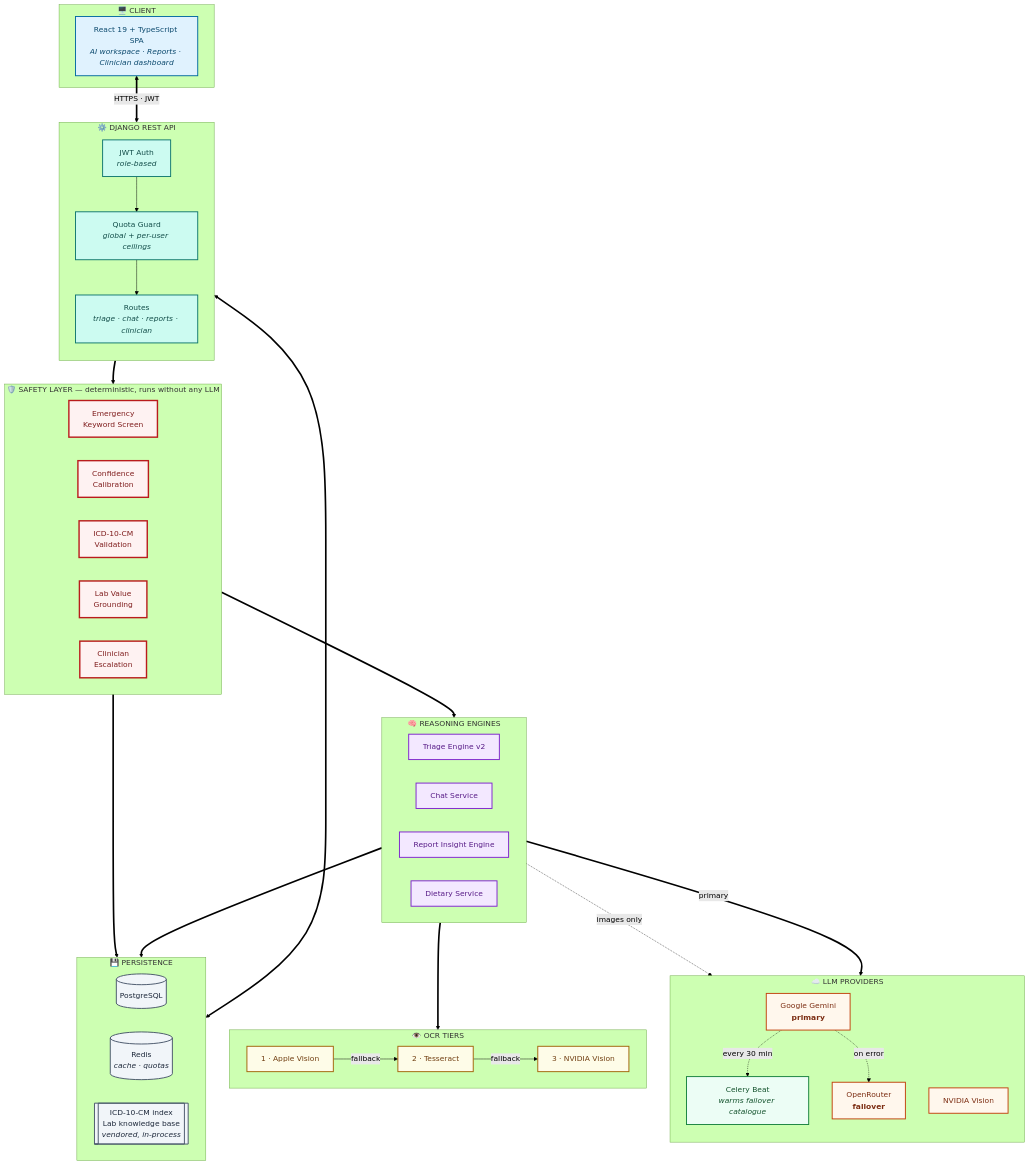
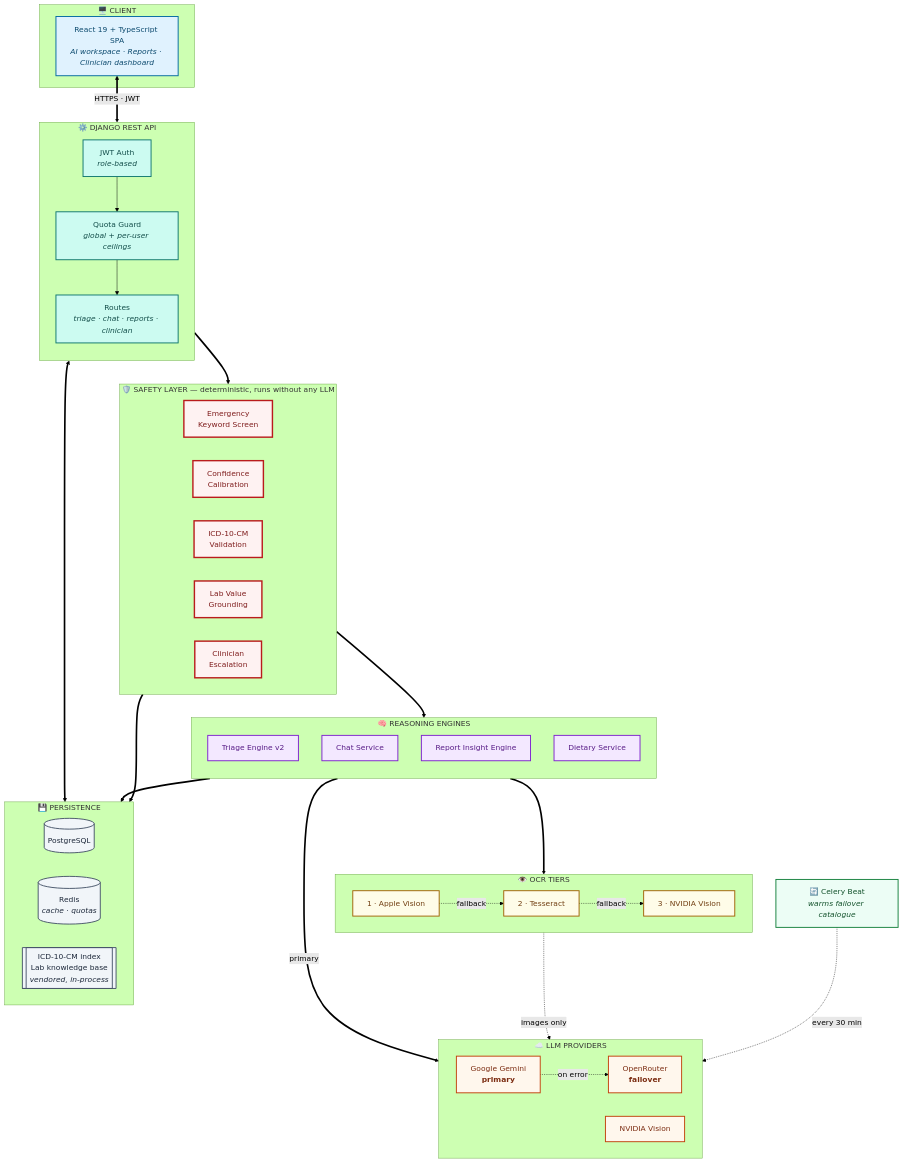
One commit to janhvisaste/Medaid changed the diagram in README.md. Above: the diagram before and after it, drawn with Mermaid (forest theme).

Commit message:
Changes in README architecture diagram

```diff
--- a/README.md
+++ b/README.md
@@ -88,7 +88,7 @@
     end
 
     subgraph engines["🧠  REASONING ENGINES"]
-        direction LR
+        direction TB
         TRIAGE["Triage Engine v2"]
         CHAT["Chat Service"]
         REPORT["Report Insight Engine"]
@@ -96,18 +96,18 @@
     end
 
     subgraph providers["☁️  LLM PROVIDERS"]
-        direction TB
+        direction LR
         GEM["Google Gemini<br/><b>primary</b>"]
         OR["OpenRouter<br/><b>failover</b>"]
         NV["NVIDIA Vision"]
-        GEM -. "every 30 min" .-> CEL["Celery Beat<br/><i>warms failover catalogue</i>"]
-        GEM -. "on error" .-> OR
-        REPORT -. "images only" .-> NV
     end
 
     subgraph ocr["👁️  OCR TIERS"]
         direction LR
-        T1["1 · Apple Vision"] -- fallback --> T2["2 · Tesseract"] -- fallback --> T3["3 · NVIDIA Vision"]
+        T1["1 · Apple Vision"]
+        T2["2 · Tesseract"]
+        T3["3 · NVIDIA Vision"]
+        T1 -.fallback.-> T2 -.fallback.-> T3
     end
 
     subgraph data["💾  PERSISTENCE"]
@@ -117,13 +117,18 @@
         KB[["ICD-10-CM index<br/>Lab knowledge base<br/><i>vendored, in-process</i>"]]
     end
 
+    CEL["🔄 Celery Beat<br/><i>warms failover catalogue</i>"]
+
     UI <==>|"HTTPS · JWT"| api
     ROUTES ==> safety
     safety ==> engines
     engines ==>|"primary"| GEM
+    GEM -.->|"on error"| OR
     REPORT ==> ocr
+    ocr -.->|"images only"| NV
     engines ==> data
     safety ==> KB
+    CEL -.->|"every 30 min"| OR
     api <==> RD
 
     classDef clientStyle fill:#e0f2fe,stroke:#0369a1,stroke-width:2px,color:#0c4a6e
```
